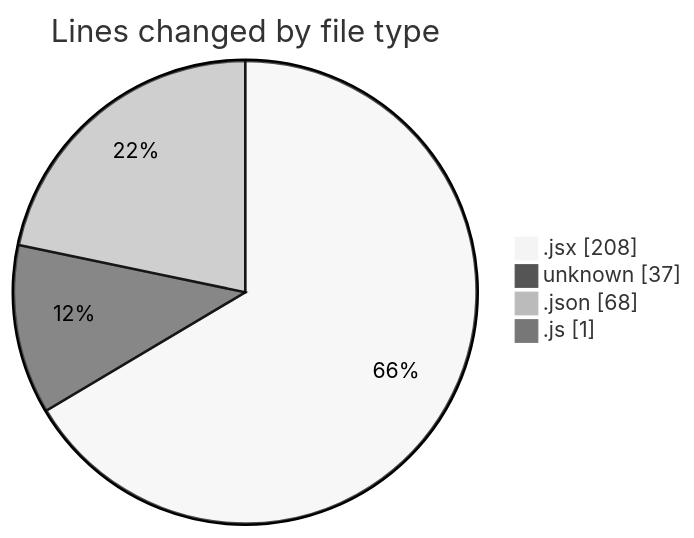
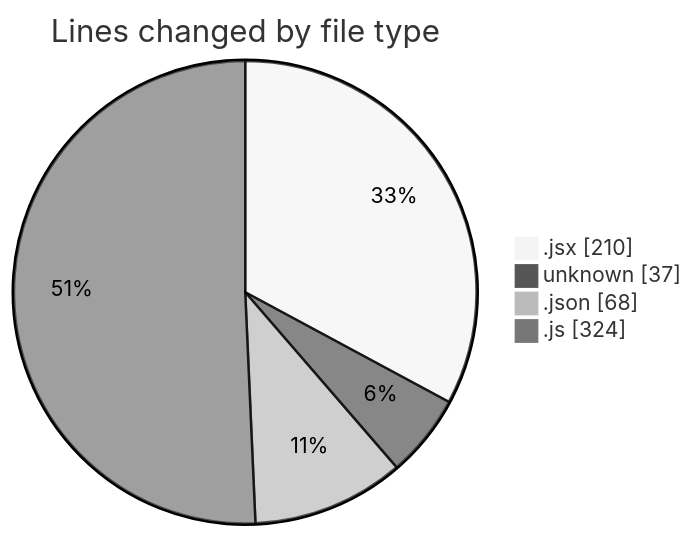
The first of 2 diagrams in 2025-02-08/react_ecom/README.md (Elitesun/code-tracking), drawn with Mermaid (neutral theme) before and after one commit. The commit also changed other lines of this file and 1 other file, not shown here.

````diff
--- a/2025-02-08/react_ecom/README.md
+++ b/2025-02-08/react_ecom/README.md
@@ -23,8 +24,8 @@
 ```mermaid
 pie showData
 title Lines changed by file type
-".jsx" : 208
+".jsx" : 210
 "unknown" : 37
 ".json" : 68
-".js" : 1
+".js" : 324
 ```
````
